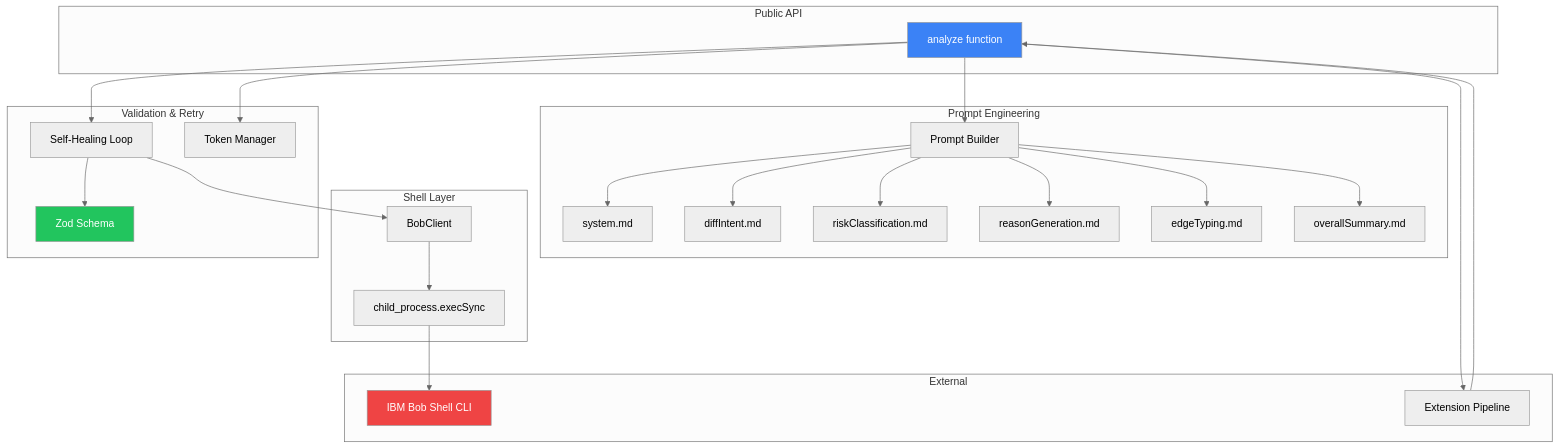
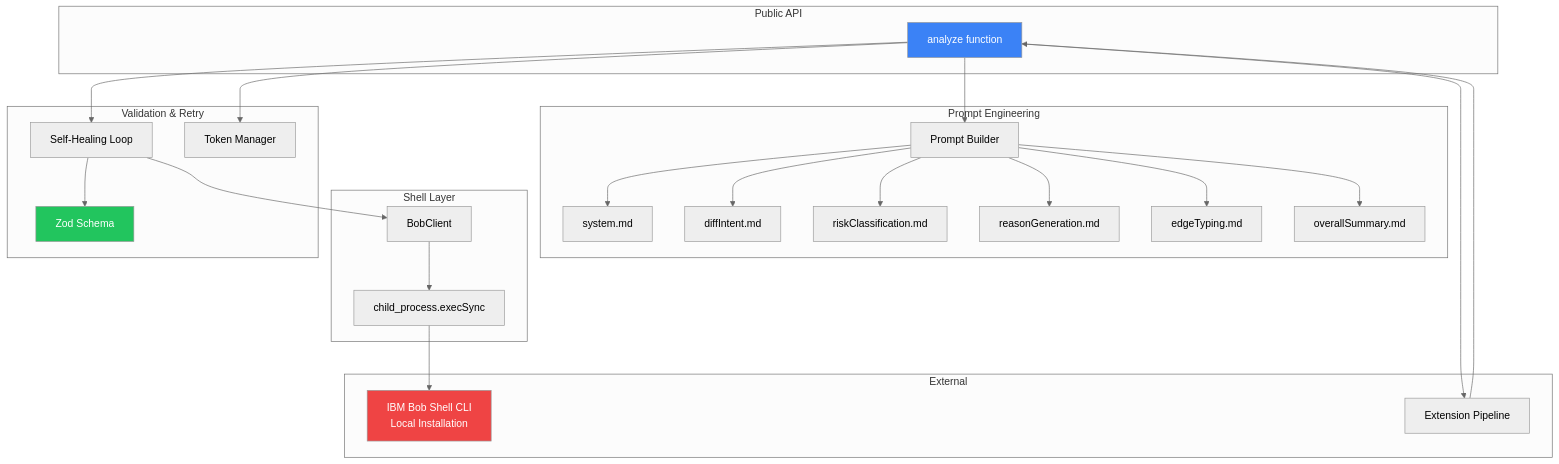
Before and after one commit to ThejithaR/vscode-blast-radius-java: the second of 4 diagrams in ai-orchestrator/docs/ARCHITECTURE.md, drawn with Mermaid (neutral theme). The commit also changed other lines of this file and 15 other files, not shown here.

Commit message:
docs: resturctured and add the ibm bob report

````diff
--- a/ai-orchestrator/docs/ARCHITECTURE.md
+++ b/ai-orchestrator/docs/ARCHITECTURE.md
@@ -63,52 +63,52 @@
 ```mermaid
 graph TB
     subgraph "Public API"
         A[analyze function]
     end
     
     subgraph "Prompt Engineering"
         B[Prompt Builder]
         C[system.md]
         D[diffIntent.md]
         E[riskClassification.md]
         F[reasonGeneration.md]
         G[edgeTyping.md]
         H[overallSummary.md]
     end
     
     subgraph "Shell Layer"
         I[BobClient]
         J[child_process.execSync]
     end
     
     subgraph "Validation & Retry"
         K[Self-Healing Loop]
         L[Zod Schema]
         M[Token Manager]
     end
     
     subgraph "External"
-        N[IBM Bob Shell CLI]
+        N[IBM Bob Shell CLI<br/>Local Installation]
         O[Extension Pipeline]
     end
     
     A --> B
     A --> M
     A --> K
     B --> C
     B --> D
     B --> E
     B --> F
     B --> G
     B --> H
     K --> I
     K --> L
     I --> J
     J --> N
     O --> A
     A --> O
     
     style A fill:#3b82f6,color:#fff
     style N fill:#ef4444,color:#fff
     style L fill:#22c55e,color:#fff
 ```
````
